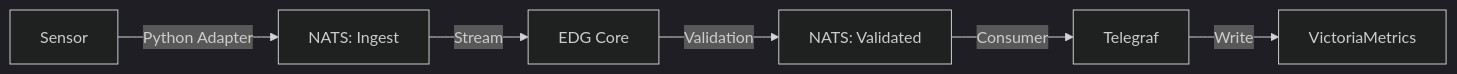
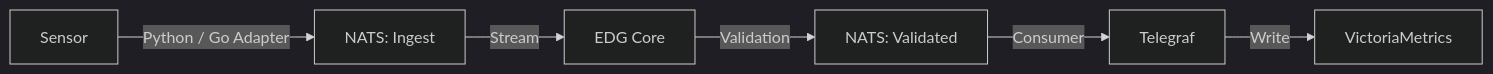
One commit to e7217/edg changed the diagram in README.md. Above: the diagram before and after it, drawn with Mermaid (dark theme). The commit also changed other lines of this file, not shown here.

````diff
--- a/README.md
+++ b/README.md
@@ -82,8 +132,8 @@
 ```mermaid
 graph LR
-    Sensor[Sensor] -->|Python Adapter| NATS1[NATS: Ingest]
+    Sensor[Sensor] -->|Python / Go Adapter| NATS1[NATS: Ingest]
     NATS1 -->|Stream| Core[EDG Core]
     Core -->|Validation| NATS2[NATS: Validated]
     NATS2 -->|Consumer| Telegraf
     Telegraf -->|Write| VM[VictoriaMetrics]
 ```
````
